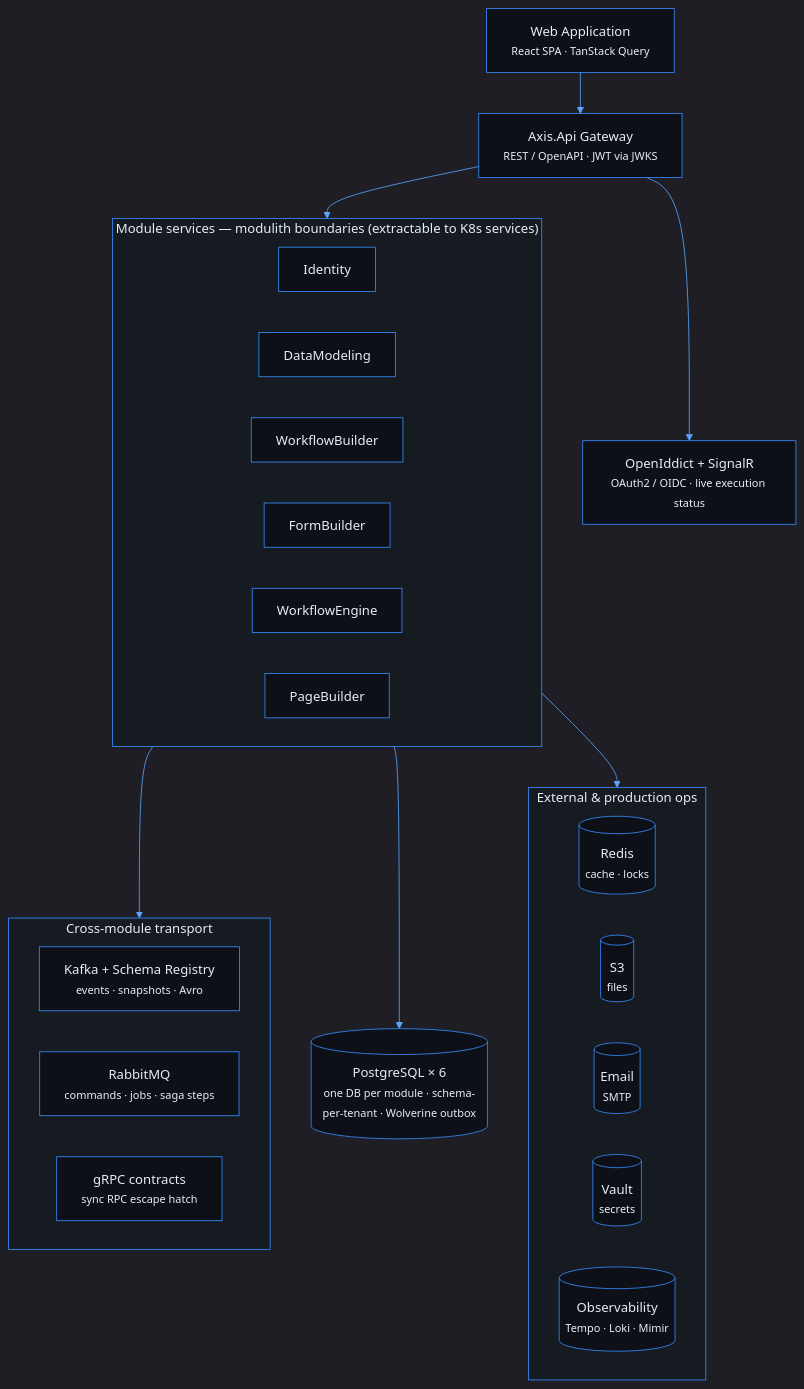
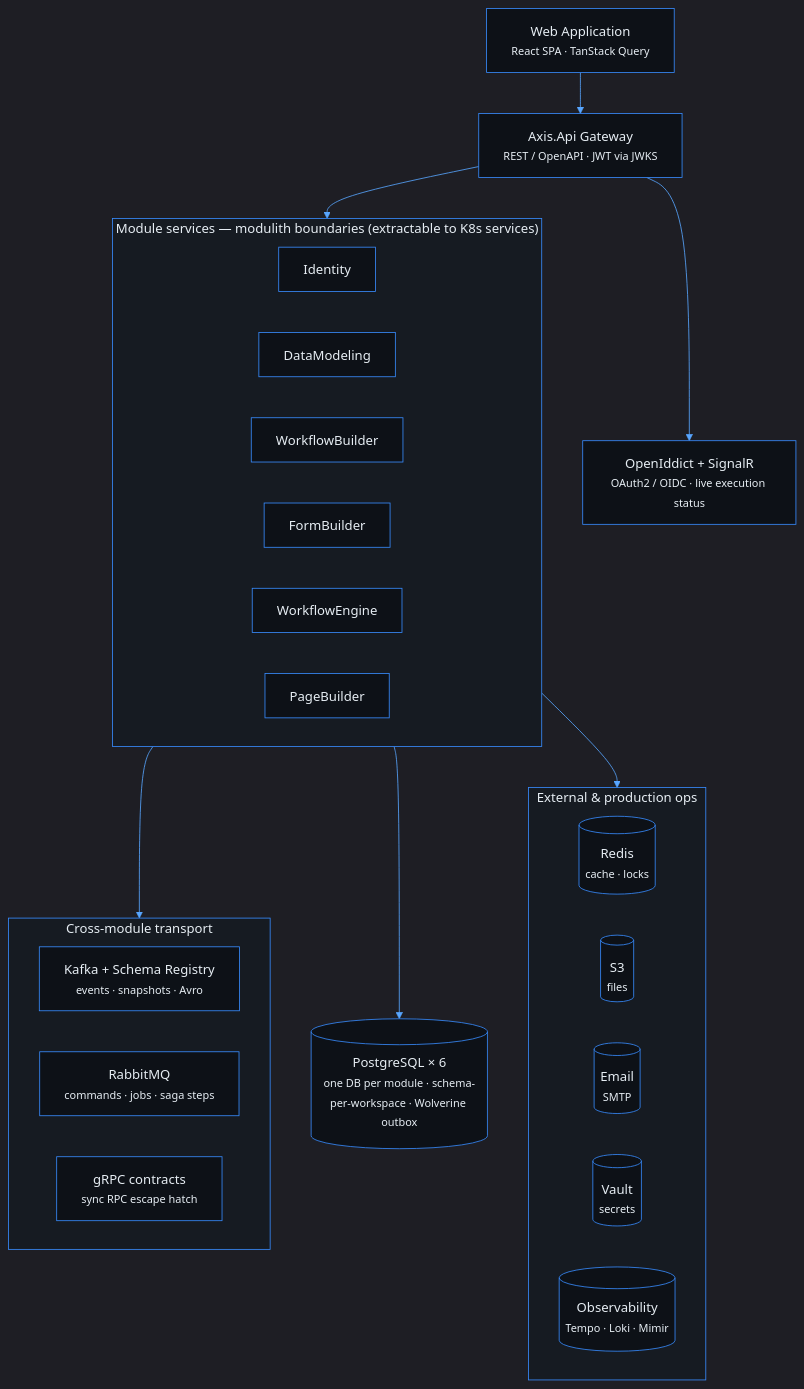
One commit to phuongnse/axis changed the second of 3 diagrams in docs/README.md. Above: the diagram before and after it, drawn with Mermaid. The commit also changed other lines of this file and 1057 other files, not shown here.

````diff
--- a/docs/README.md
+++ b/docs/README.md
@@ -103,44 +103,44 @@
 ```mermaid
 %%{init: {'theme':'dark','themeVariables':{'background':'#0d1117','mainBkg':'#0d1117','primaryColor':'#161b22','primaryBorderColor':'#388bfd','primaryTextColor':'#e6edf3','secondaryColor':'#21262d','secondaryBorderColor':'#388bfd','secondaryTextColor':'#e6edf3','tertiaryColor':'#161b22','tertiaryTextColor':'#e6edf3','lineColor':'#58a6ff','textColor':'#e6edf3','nodeBorder':'#388bfd','clusterBkg':'#161b22','clusterBorder':'#388bfd','titleColor':'#e6edf3','edgeLabelBackground':'#161b22','actorBkg':'#161b22','actorBorder':'#388bfd','actorTextColor':'#e6edf3','signalColor':'#58a6ff','labelBoxBkgColor':'#161b22','labelBoxBorderColor':'#388bfd','noteBkgColor':'#161b22','noteBorderColor':'#388bfd','noteTextColor':'#c9d1d9','activationBkgColor':'#30363d'}}}%%
 flowchart TB
   SPA["Web Application<br/><small>React SPA · TanStack Query</small>"]
 
   API["Axis.Api Gateway<br/><small>REST / OpenAPI · JWT via JWKS</small>"]
 
   AUTH["OpenIddict + SignalR<br/><small>OAuth2 / OIDC · live execution status</small>"]
 
   subgraph MOD["Module services — modulith boundaries (extractable to K8s services)"]
     direction LR
     ID[Identity]
     DM[DataModeling]
     WB[WorkflowBuilder]
     FB[FormBuilder]
     WE[WorkflowEngine]
     PB[PageBuilder]
   end
 
   subgraph BUS["Cross-module transport"]
     direction LR
     K["Kafka + Schema Registry<br/><small>events · snapshots · Avro</small>"]
     R["RabbitMQ<br/><small>commands · jobs · saga steps</small>"]
     G["gRPC contracts<br/><small>sync RPC escape hatch</small>"]
   end
 
-  PG[("PostgreSQL × 6<br/><small>one DB per module · schema-per-tenant · Wolverine outbox</small>")]
+  PG[("PostgreSQL × 6<br/><small>one DB per module · schema-per-workspace · Wolverine outbox</small>")]
 
   subgraph EXT["External & production ops"]
     direction LR
     Redis[("Redis<br/><small>cache · locks</small>")]
     S3[("S3<br/><small>files</small>")]
     Mail[("Email<br/><small>SMTP</small>")]
     Vault[("Vault<br/><small>secrets</small>")]
     Obs[("Observability<br/><small>Tempo · Loki · Mimir</small>")]
   end
 
   SPA --> API
   API --> AUTH
   API --> MOD
   MOD --> BUS
   MOD --> PG
   MOD --> EXT
 ```
````
